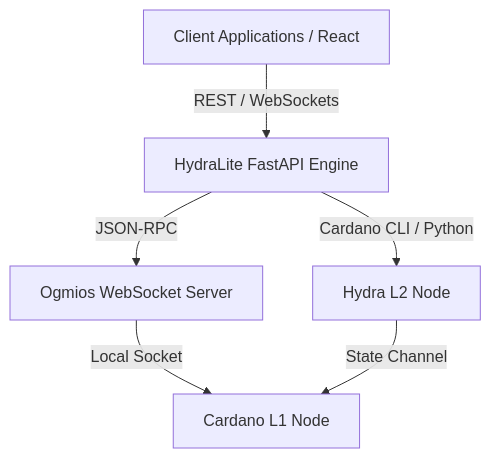
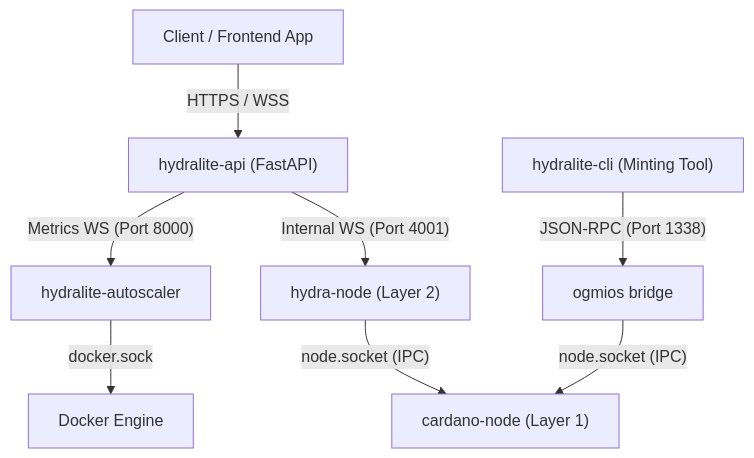
The first of 3 diagrams in docs/GitBook_Architecture.md (Kwired/Hydra-Powered-Micro-PaaS), drawn with Mermaid before and after one commit. The commit also changed other lines of this file and 22 other files, not shown here.

````diff
--- a/docs/GitBook_Architecture.md
+++ b/docs/GitBook_Architecture.md
@@ -12,14 +21,10 @@
 ```mermaid
 graph TD
-    Client[Client Applications / React]
-    API[HydraLite FastAPI Engine]
-    Hydra[Hydra L2 Node]
-    Cardano[Cardano L1 Node]
-    Ogmios[Ogmios WebSocket Server]
-    
-    Client -- "REST / WebSockets" --> API
-    API -- "Cardano CLI / Python" --> Hydra
-    API -- "JSON-RPC" --> Ogmios
-    Ogmios -- "Local Socket" --> Cardano
-    Hydra -- "State Channel" --> Cardano
+    Client["Client / Frontend App"] -- "HTTPS / WSS" --> API["hydralite-api (FastAPI)"]
+    API -- "Internal WS (Port 4001)" --> Hydra["hydra-node (Layer 2)"]
+    API -- "Metrics WS (Port 8000)" --> Autoscaler["hydralite-autoscaler"]
+    Autoscaler -- "docker.sock" --> DockerDaemon["Docker Engine"]
+    Hydra -- "node.socket (IPC)" --> Cardano["cardano-node (Layer 1)"]
+    CLI["hydralite-cli (Minting Tool)"] -- "JSON-RPC (Port 1338)" --> Ogmios["ogmios bridge"]
+    Ogmios -- "node.socket (IPC)" --> Cardano
 ```
````
